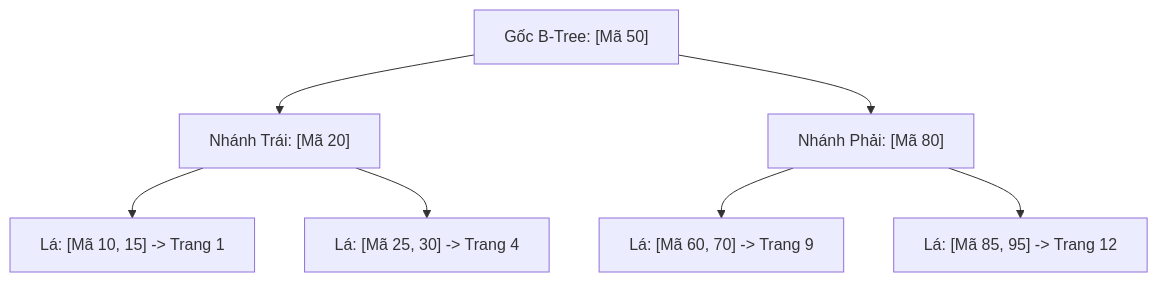
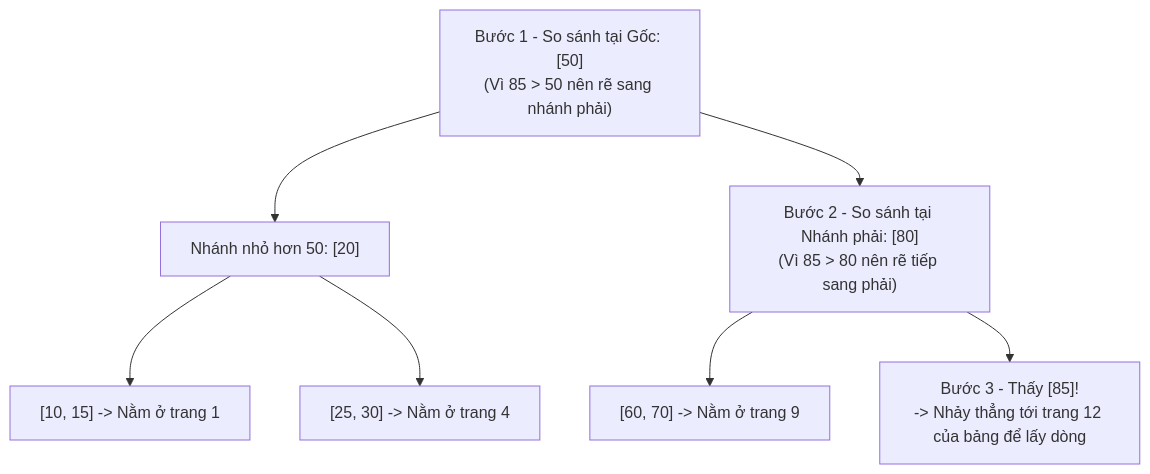
Before and after one commit to ThanhPhongvipvip/Tutorial: the eighth of 10 diagrams in database/Database.md, drawn with Mermaid. The commit also changed other lines of this file and 2 other files, not shown here.

````diff
--- a/database/Database.md
+++ b/database/Database.md
@@ -944,9 +1056,9 @@
 ```mermaid
 graph TD
-    Root["Gốc B-Tree: [Mã 50]"] --> Left["Nhánh Trái: [Mã 20]"]
-    Root --> Right["Nhánh Phải: [Mã 80]"]
-    Left --> Leaf1["Lá: [Mã 10, 15] -> Trang 1"]
-    Left --> Leaf2["Lá: [Mã 25, 30] -> Trang 4"]
-    Right --> Leaf3["Lá: [Mã 60, 70] -> Trang 9"]
-    Right --> Leaf4["Lá: [Mã 85, 95] -> Trang 12"]
+    Root["Bước 1 - So sánh tại Gốc: [50]\n(Vì 85 > 50 nên rẽ sang nhánh phải)"] --> Left["Nhánh nhỏ hơn 50: [20]"]
+    Root --> Right["Bước 2 - So sánh tại Nhánh phải: [80]\n(Vì 85 > 80 nên rẽ tiếp sang phải)"]
+    Left --> Leaf1["[10, 15] -> Nằm ở trang 1"]
+    Left --> Leaf2["[25, 30] -> Nằm ở trang 4"]
+    Right --> Leaf3["[60, 70] -> Nằm ở trang 9"]
+    Right --> Leaf4["Bước 3 - Thấy [85]!\n-> Nhảy thẳng tới trang 12 của bảng để lấy dòng"]
 ```
````
